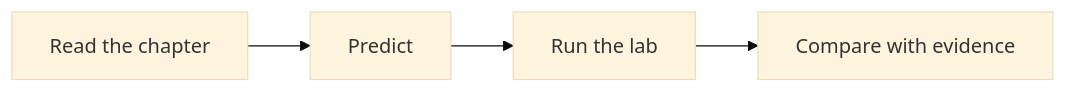
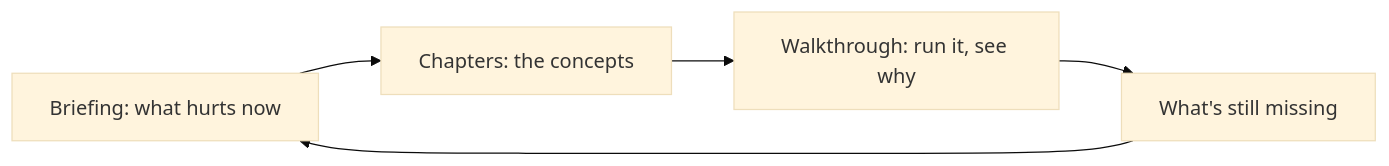
Before and after one commit to darshan-raul/apollo11-docs: the diagram in docs/start/prerequisites.md, drawn with Mermaid (base theme). The commit also changed other lines of this file and 41 other files, not shown here.

````diff
--- a/docs/start/prerequisites.md
+++ b/docs/start/prerequisites.md
@@ -37,4 +37,4 @@
 ```mermaid
 flowchart LR
-  R[Read the chapter] --> P[Predict] --> D[Run the lab] --> C[Compare with evidence]
+  B[Briefing: what hurts now] --> R[Chapters: the concepts] --> W[Walkthrough: run it, see why] --> N[What's still missing] --> B
 ```
````
